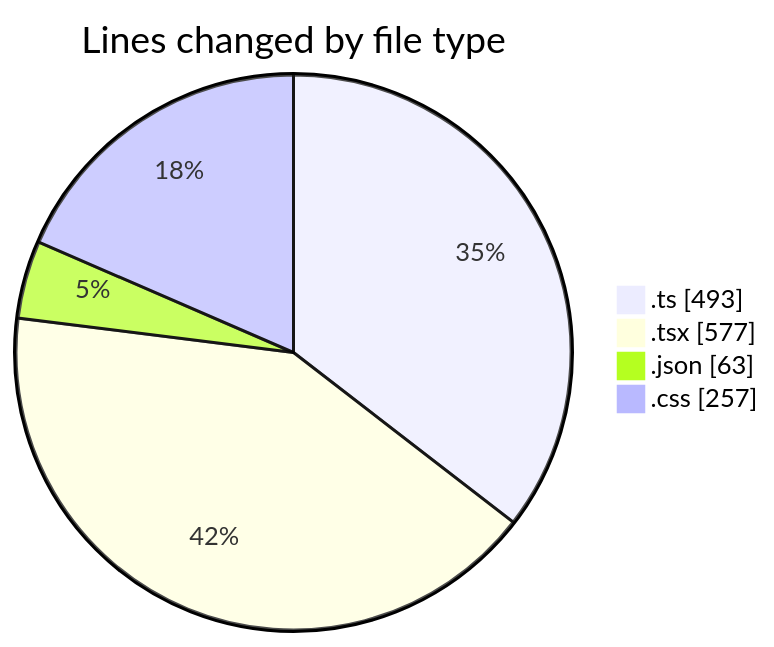
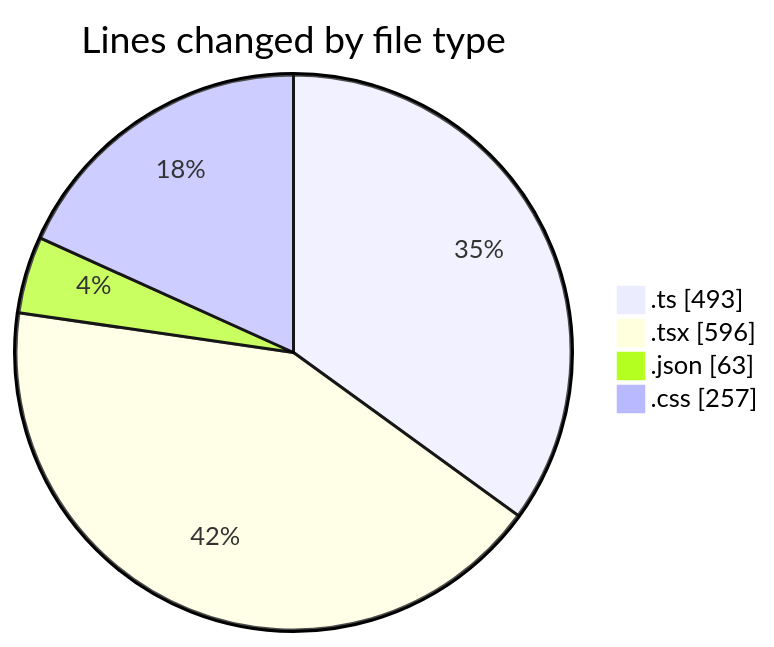
One commit to julien-gomy/code-tracking changed the first of 2 diagrams in 2025-11-24/eventscop-frontend-guide__workspace_/README.md. Above: the diagram before and after it, drawn with Mermaid. The commit also changed other lines of this file and 1 other file, not shown here.

````diff
--- a/2025-11-24/eventscop-frontend-guide__workspace_/README.md
+++ b/2025-11-24/eventscop-frontend-guide__workspace_/README.md
@@ -38,8 +38,8 @@
 ```mermaid
 pie showData
 title Lines changed by file type
 ".ts" : 493
-".tsx" : 577
+".tsx" : 596
 ".json" : 63
 ".css" : 257
 ```
````
